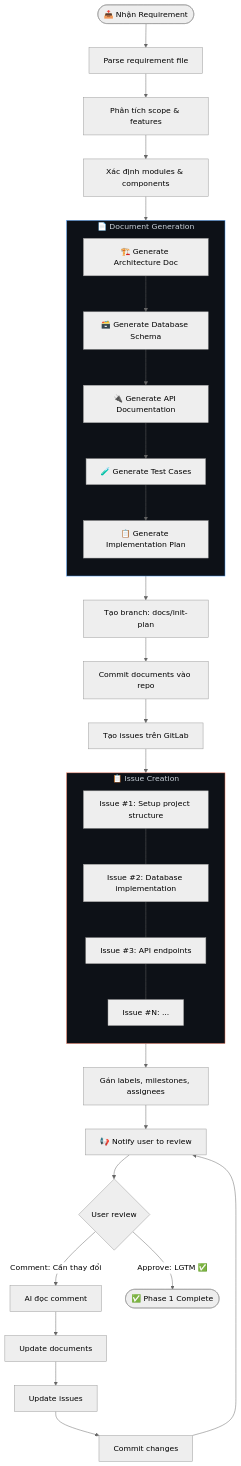
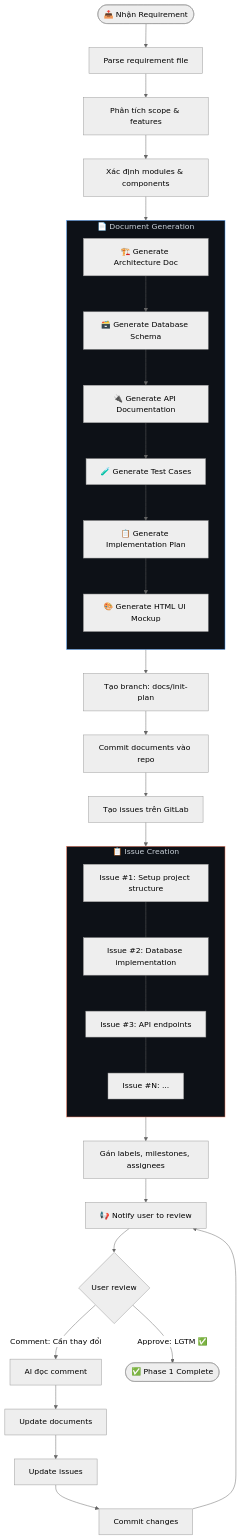
One commit to kienvt/agent-coding changed the fifth of 19 diagrams in design.md. Above: the diagram before and after it, drawn with Mermaid (neutral theme). The commit also changed other lines of this file and 55 other files, not shown here.

````diff
--- a/design.md
+++ b/design.md
@@ -250,48 +303,49 @@
 ```mermaid
 flowchart TD
     A(["📥 Nhận Requirement"]) --> B["Parse requirement file"]
     B --> C["Phân tích scope & features"]
     C --> D["Xác định modules & components"]
     
     D --> GEN
     subgraph GEN ["📄 Document Generation"]
         direction TB
         G1["🏗️ Generate Architecture Doc"]
         G2["🗃️ Generate Database Schema"]
         G3["🔌 Generate API Documentation"]
         G4["🧪 Generate Test Cases"]
         G5["📋 Generate Implementation Plan"]
-        
-        G1 --> G2 --> G3 --> G4 --> G5
+        G6["🎨 Generate HTML UI Mockup"]
+
+        G1 --> G2 --> G3 --> G4 --> G5 --> G6
     end
     
     GEN --> H["Tạo branch: docs/init-plan"]
     H --> I["Commit documents vào repo"]
     I --> J["Tạo issues trên GitLab"]
     
     J --> ISSUES
     subgraph ISSUES ["📋 Issue Creation"]
         direction TB
         IS1["Issue #1: Setup project structure"]
         IS2["Issue #2: Database implementation"]
         IS3["Issue #3: API endpoints"]
         IS4["Issue #N: ..."]
         
         IS1 --- IS2 --- IS3 --- IS4
     end
     
     ISSUES --> K["Gán labels, milestones, assignees"]
     K --> L["📢 Notify user to review"]
     
     L --> M{User review}
     M -->|"Comment: Cần thay đổi"| N["AI đọc comment"]
     N --> O["Update documents"]
     O --> P["Update issues"]
     P --> Q["Commit changes"]
     Q --> L
     
     M -->|"Approve: LGTM ✅"| R(["✅ Phase 1 Complete"])
 
     style GEN fill:#0d1117,stroke:#58a6ff,color:#c9d1d9
     style ISSUES fill:#0d1117,stroke:#f78166,color:#c9d1d9
 ```
````
